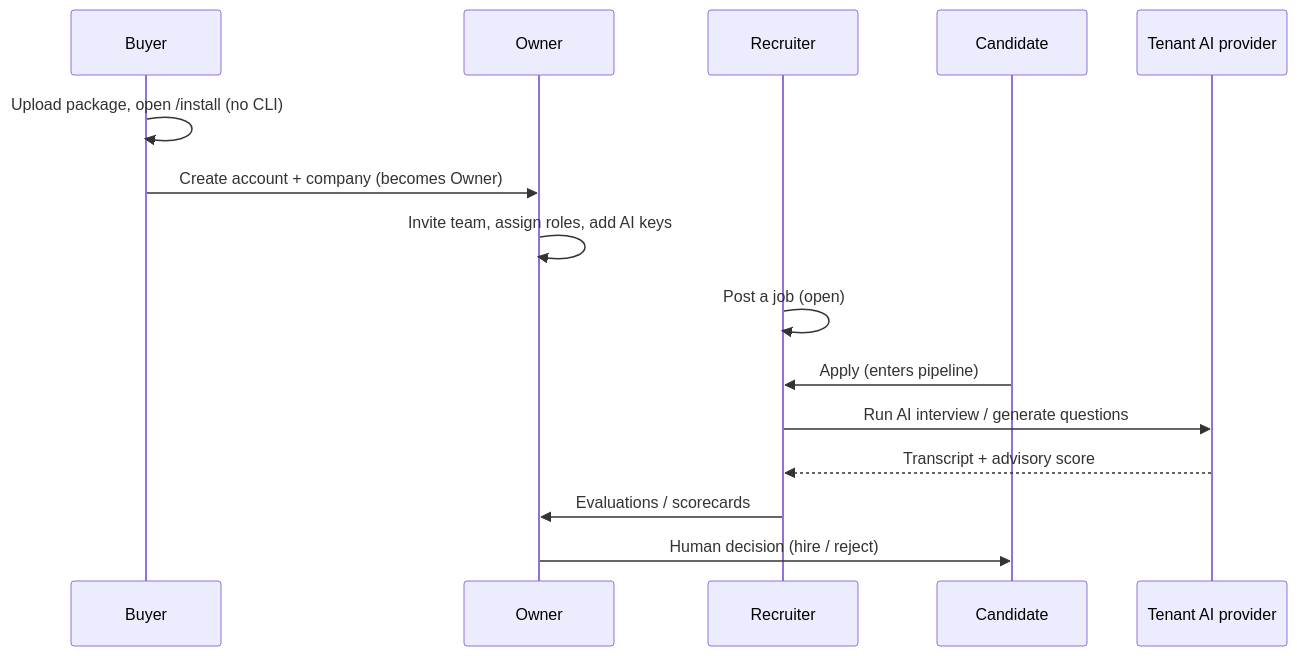
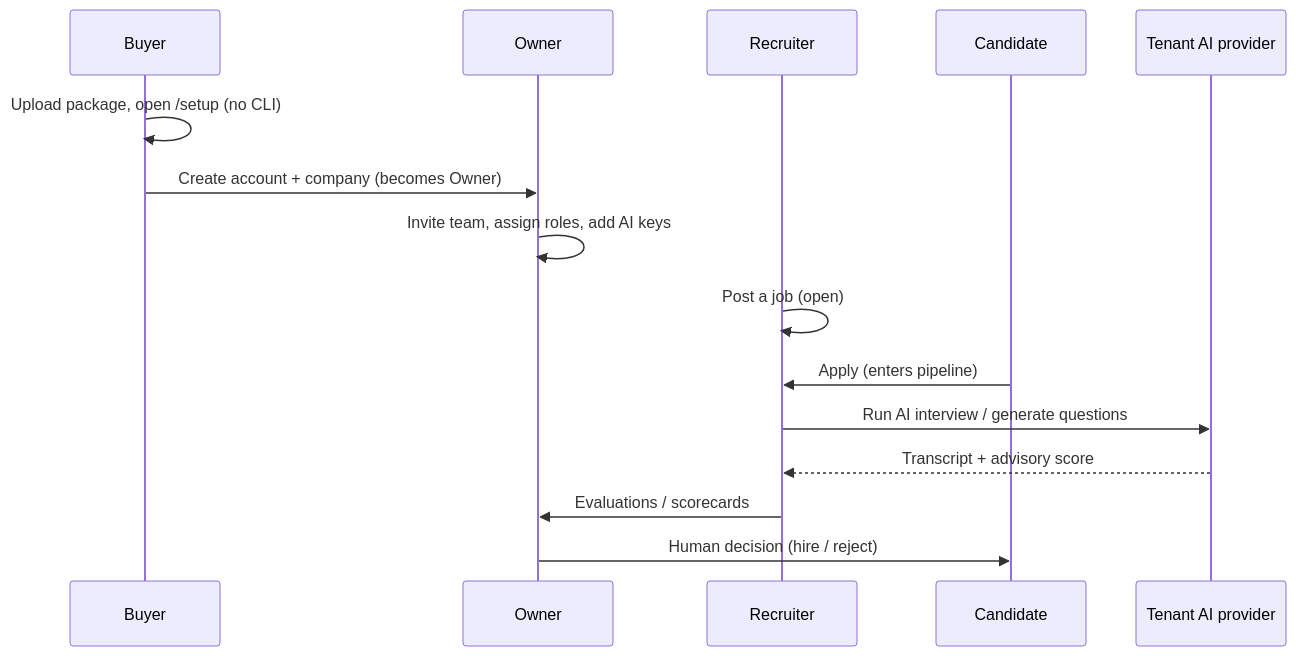
Before and after one commit to ammarnabileg/crm: the second of 3 diagrams in docs/01-Project-Vision.md, drawn with Mermaid. The commit also changed other lines of this file and 47 other files, not shown here.

````diff
--- a/docs/01-Project-Vision.md
+++ b/docs/01-Project-Vision.md
@@ -55,17 +55,17 @@
 ```mermaid
 sequenceDiagram
     participant Buyer
     participant Owner
     participant Recruiter
     participant Candidate
     participant AI as Tenant AI provider
-    Buyer->>Buyer: Upload package, open /install (no CLI)
+    Buyer->>Buyer: Upload package, open /setup (no CLI)
     Buyer->>Owner: Create account + company (becomes Owner)
     Owner->>Owner: Invite team, assign roles, add AI keys
     Recruiter->>Recruiter: Post a job (open)
     Candidate->>Recruiter: Apply (enters pipeline)
     Recruiter->>AI: Run AI interview / generate questions
     AI-->>Recruiter: Transcript + advisory score
     Recruiter->>Owner: Evaluations / scorecards
     Owner->>Candidate: Human decision (hire / reject)
 ```
````
